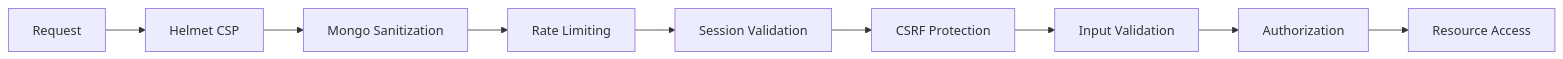
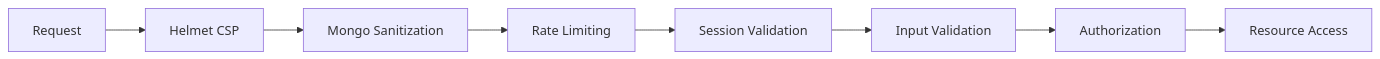
The second of 8 diagrams in docs/ARCHITECTURE_REFERENCE.md (hutchybop/app-slapp), drawn with Mermaid before and after one commit. The commit also changed other lines of this file and 2 other files, not shown here.

````diff
--- a/docs/ARCHITECTURE_REFERENCE.md
+++ b/docs/ARCHITECTURE_REFERENCE.md
@@ -81,11 +82,10 @@
 ```mermaid
 graph LR
     A[Request] --> B[Helmet CSP]
     B --> C[Mongo Sanitization]
     C --> D[Rate Limiting]
     D --> E[Session Validation]
-    E --> F[CSRF Protection]
-    F --> G[Input Validation]
-    G --> H[Authorization]
-    H --> I[Resource Access]
+    E --> F[Input Validation]
+    F --> G[Authorization]
+    G --> H[Resource Access]
 ```
````
